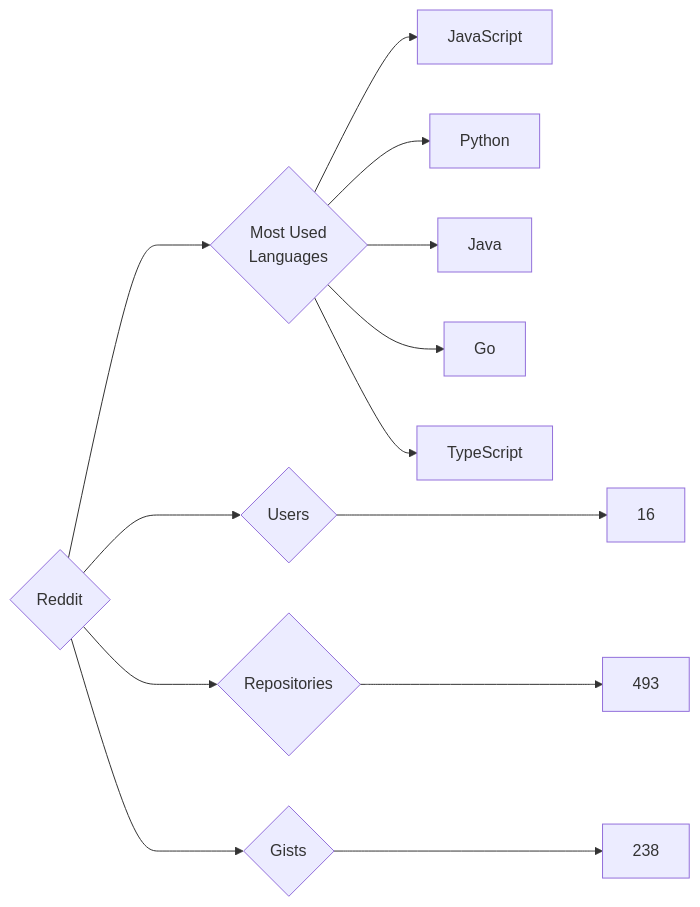
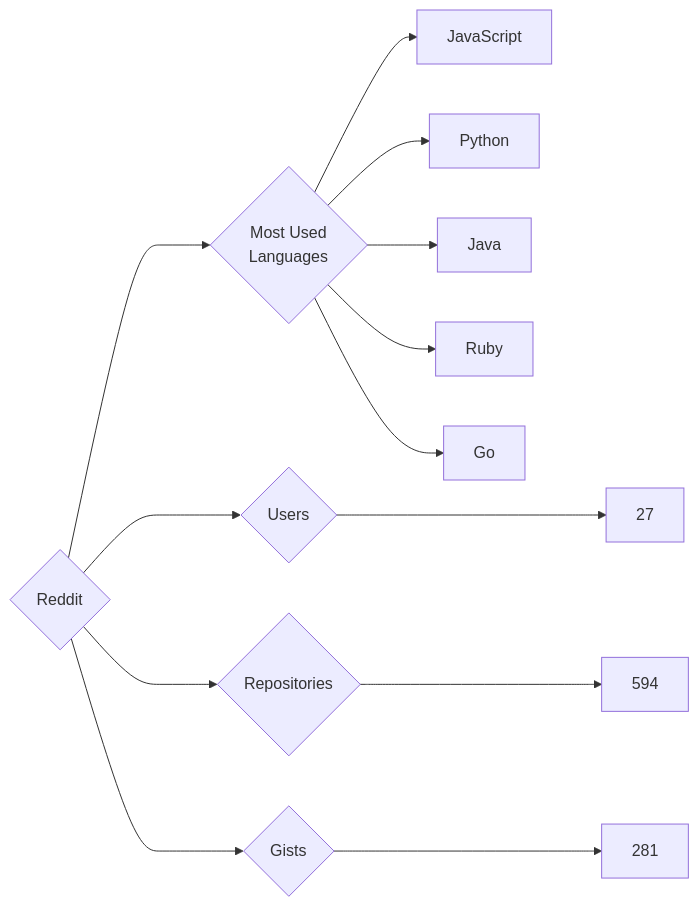
One commit to trickest/insiders changed the diagram in targets/Reddit/README.md. Above: the diagram before and after it, drawn with Mermaid. The commit also changed 1696 other files, not shown here.

````diff
--- a/targets/Reddit/README.md
+++ b/targets/Reddit/README.md
@@ -3,13 +3,13 @@
 ```mermaid
 graph LR
 COMPANY_NAME{Reddit}
-COMPANY_NAME ---> U{Users} ---> UN[16]
-COMPANY_NAME ---> R{Repositories} ---> RN[493]
-COMPANY_NAME ---> G{Gists} ---> GN[238]
+COMPANY_NAME ---> U{Users} ---> UN[27]
+COMPANY_NAME ---> R{Repositories} ---> RN[594]
+COMPANY_NAME ---> G{Gists} ---> GN[281]
 COMPANY_NAME ---> ML{Most Used<br>Languages}
 ML --> JavaScript[JavaScript]
 ML --> Python[Python]
 ML --> Java[Java]
+ML --> Ruby[Ruby]
 ML --> Go[Go]
-ML --> TypeScript[TypeScript]
 ```
````
